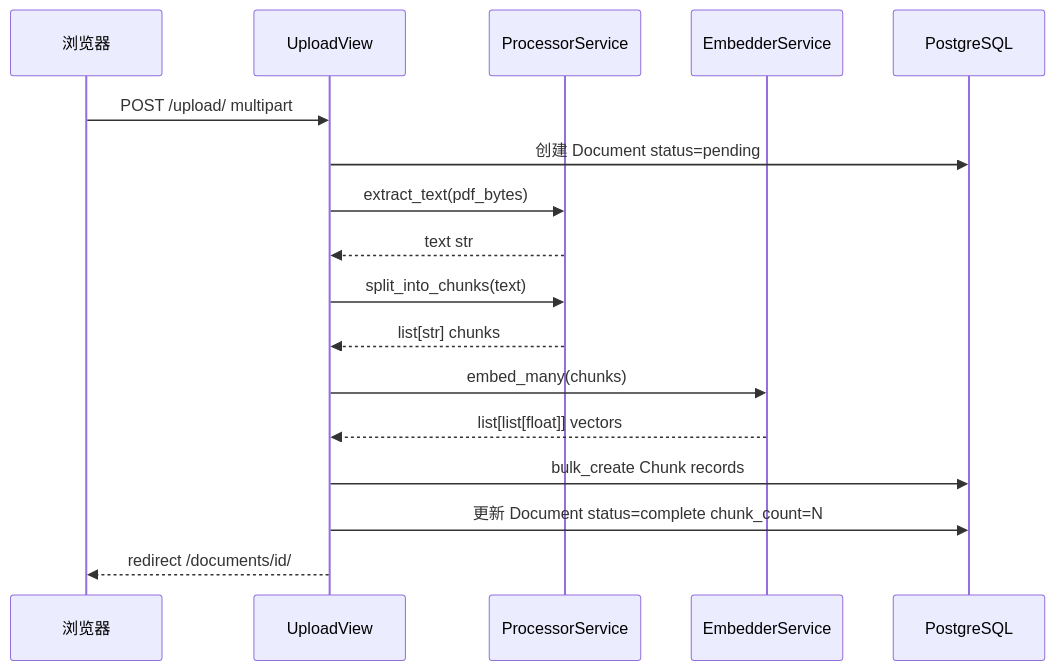
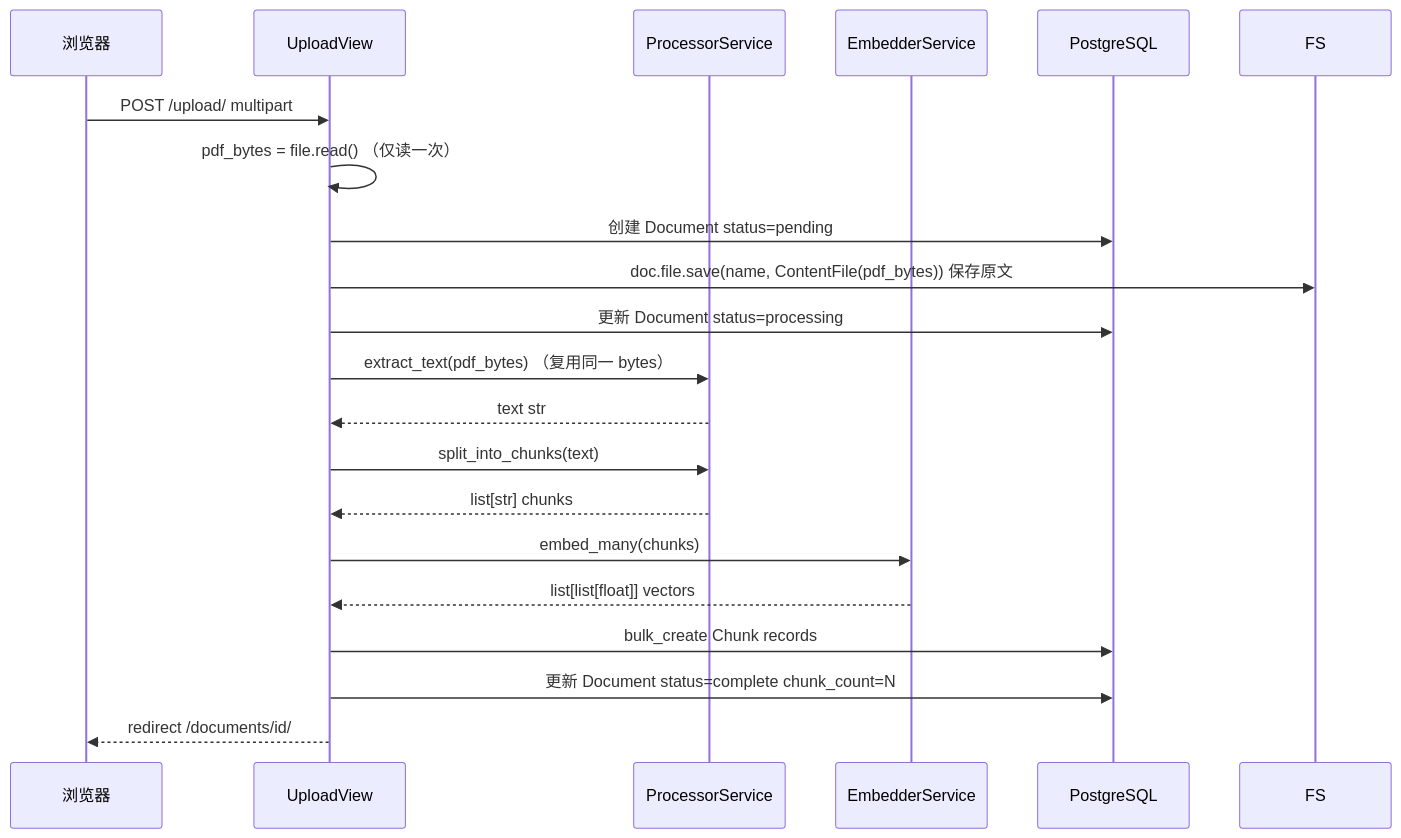
Before and after one commit to haya790315/info-agent: the second of 4 diagrams in .kiro/specs/pdf-knowledge-base/design.md, drawn with Mermaid. The commit also changed other lines of this file and 21 other files, not shown here.

````diff
--- a/.kiro/specs/pdf-knowledge-base/design.md
+++ b/.kiro/specs/pdf-knowledge-base/design.md
@@ -145,20 +168,23 @@
 ```mermaid
 sequenceDiagram
     participant U as 浏览器
     participant V as UploadView
     participant P as ProcessorService
     participant E as EmbedderService
     participant DB as PostgreSQL
 
     U->>V: POST /upload/ multipart
+    V->>V: pdf_bytes = file.read() （仅读一次）
     V->>DB: 创建 Document status=pending
-    V->>P: extract_text(pdf_bytes)
+    V->>FS: doc.file.save(name, ContentFile(pdf_bytes)) 保存原文
+    V->>DB: 更新 Document status=processing
+    V->>P: extract_text(pdf_bytes) （复用同一 bytes）
     P-->>V: text str
     V->>P: split_into_chunks(text)
     P-->>V: list[str] chunks
     V->>E: embed_many(chunks)
     E-->>V: list[list[float]] vectors
     V->>DB: bulk_create Chunk records
     V->>DB: 更新 Document status=complete chunk_count=N
     V-->>U: redirect /documents/id/
 ```
````
